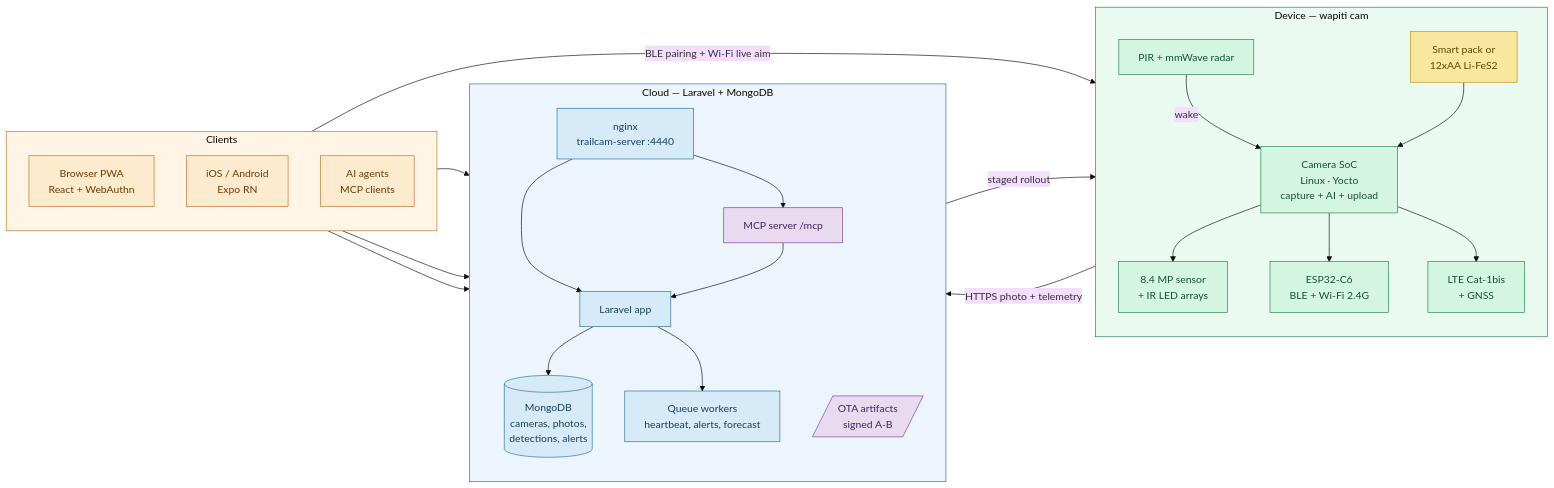
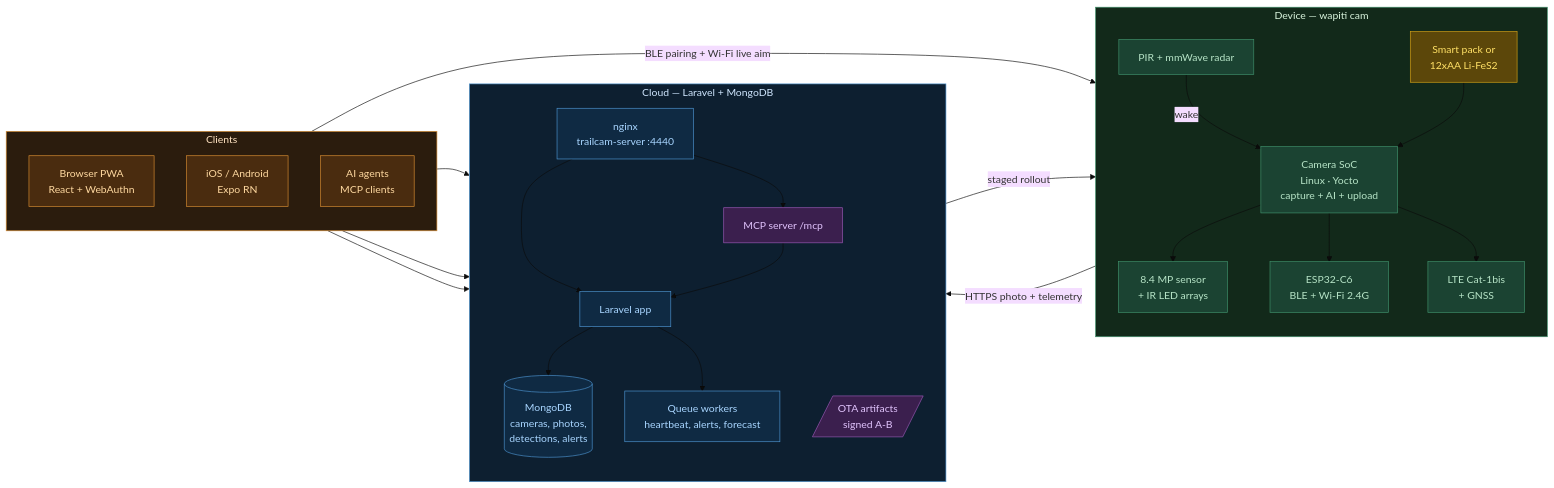
The first of 5 diagrams in docs/project-plan.md (jambamamba/trailcam), drawn with Mermaid (base theme) before and after one commit. The commit also changed other lines of this file, not shown here.

First line of the commit message:
Darken diagram fills for readability: dark backgrounds, bright text

````diff
--- a/docs/project-plan.md
+++ b/docs/project-plan.md
@@ -124,62 +124,62 @@
 ```mermaid
 flowchart LR
     subgraph DEV["Device — wapiti cam"]
         direction TB
         SoC["Camera SoC<br/>Linux · Yocto<br/>capture + AI + upload"]
         Sensor["8.4 MP sensor<br/>+ IR LED arrays"]
         Modem["LTE Cat-1bis<br/>+ GNSS"]
         Coproc["ESP32-C6<br/>BLE + Wi-Fi 2.4G"]
         Pir["PIR + mmWave radar"]
         BAT["Smart pack or<br/>12xAA Li-FeS2"]
     end
 
     subgraph CLD["Cloud — Laravel + MongoDB"]
         direction TB
         Nginx["nginx<br/>trailcam-server :4440"]
         Laravel["Laravel app"]
         Mongo[("MongoDB<br/>cameras, photos,<br/>detections, alerts")]
         Jobs["Queue workers<br/>heartbeat, alerts, forecast"]
         Mcp["MCP server /mcp"]
         Ota[/"OTA artifacts<br/>signed A-B"/]
     end
 
     subgraph CLI["Clients"]
         direction TB
         PWA["Browser PWA<br/>React + WebAuthn"]
         App["iOS / Android<br/>Expo RN"]
         Agent["AI agents<br/>MCP clients"]
     end
 
     Pir -->|"wake"| SoC
     SoC --> Sensor
     SoC --> Coproc
     SoC --> Modem
     BAT --> SoC
     SoC -->|"HTTPS photo + telemetry"| Nginx
     Nginx --> Laravel
     Laravel --> Mongo
     Laravel --> Jobs
     Nginx --> Mcp
     Mcp --> Laravel
     Ota -->|"staged rollout"| Modem
     PWA --> Nginx
     App -->|"BLE pairing + Wi-Fi live aim"| Coproc
     App --> Nginx
     Agent --> Mcp
 
-    classDef device fill:#d5f5e3,stroke:#1e8449,color:#14532d
-    classDef power fill:#f9e79f,stroke:#b7950b,color:#5b4a00
-    classDef cloud fill:#d6eaf8,stroke:#2471a3,color:#154360
-    classDef clients fill:#fdebd0,stroke:#ca6f1e,color:#6e3b00
-    classDef security fill:#e8daef,stroke:#7d3c98,color:#4a235a
+    classDef device fill:#1b4332,stroke:#40916c,color:#b7e4c7
+    classDef power fill:#5c470a,stroke:#d4a017,color:#ffe066
+    classDef cloud fill:#0f2a43,stroke:#4d94d0,color:#a8d5ff
+    classDef clients fill:#4a2c0f,stroke:#d98e32,color:#ffd9a0
+    classDef security fill:#3b1f4e,stroke:#9b59b6,color:#e0c3fc
 
     class SoC,Sensor,Modem,Coproc,Pir device
     class BAT power
     class Nginx,Laravel,Mongo,Jobs cloud
     class Mcp,Ota security
     class PWA,App,Agent clients
 
-    style DEV fill:#eafaf1,stroke:#1e8449
-    style CLD fill:#ebf5fb,stroke:#2471a3
-    style CLI fill:#fef5e7,stroke:#ca6f1e
+    style DEV fill:#12291a,stroke:#40916c,color:#d8f3dc
+    style CLD fill:#0d1f30,stroke:#4d94d0,color:#d0e7ff
+    style CLI fill:#2b1c0d,stroke:#d98e32,color:#ffe3c2
 ```
````
